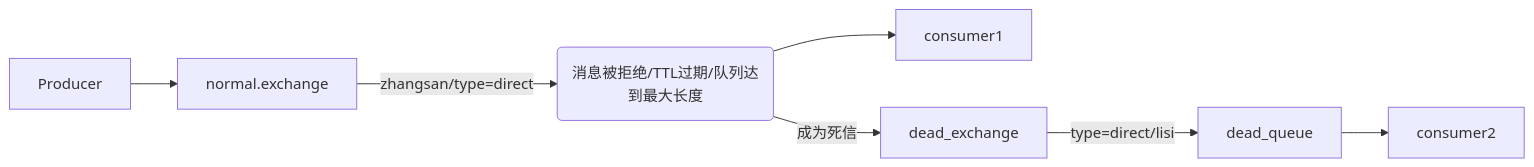
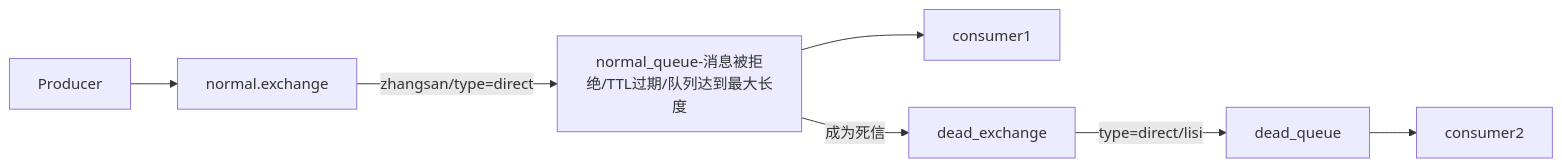
Before and after one commit to zengjunhuai/Code: the seventh of 11 diagrams in MQProject/RabbitMQProject/README.md, drawn with Mermaid. The commit also changed other lines of this file, not shown here.

````diff
--- a/MQProject/RabbitMQProject/README.md
+++ b/MQProject/RabbitMQProject/README.md
@@ -73,5 +73,5 @@
 ```mermaid
       flowchart LR;
-           Producer-->    normal.exchange-- zhangsan/type=direct -->normal.queue(消息被拒绝/TTL过期/队列达到最大长度)--> consumer1;
-                                           normal.queue(消息被拒绝/TTL过期/队列达到最大长度)-- 成为死信-->dead_exchange--type=direct/lisi-->dead_queue-->consumer2;                                                                         
+           Producer-->    normal.exchange-- zhangsan/type=direct -->normal_queue-消息被拒绝/TTL过期/队列达到最大长度--> consumer1;
+                                           normal_queue-消息被拒绝/TTL过期/队列达到最大长度-- 成为死信-->dead_exchange--type=direct/lisi-->dead_queue-->consumer2;                                                                         
 ```
````
